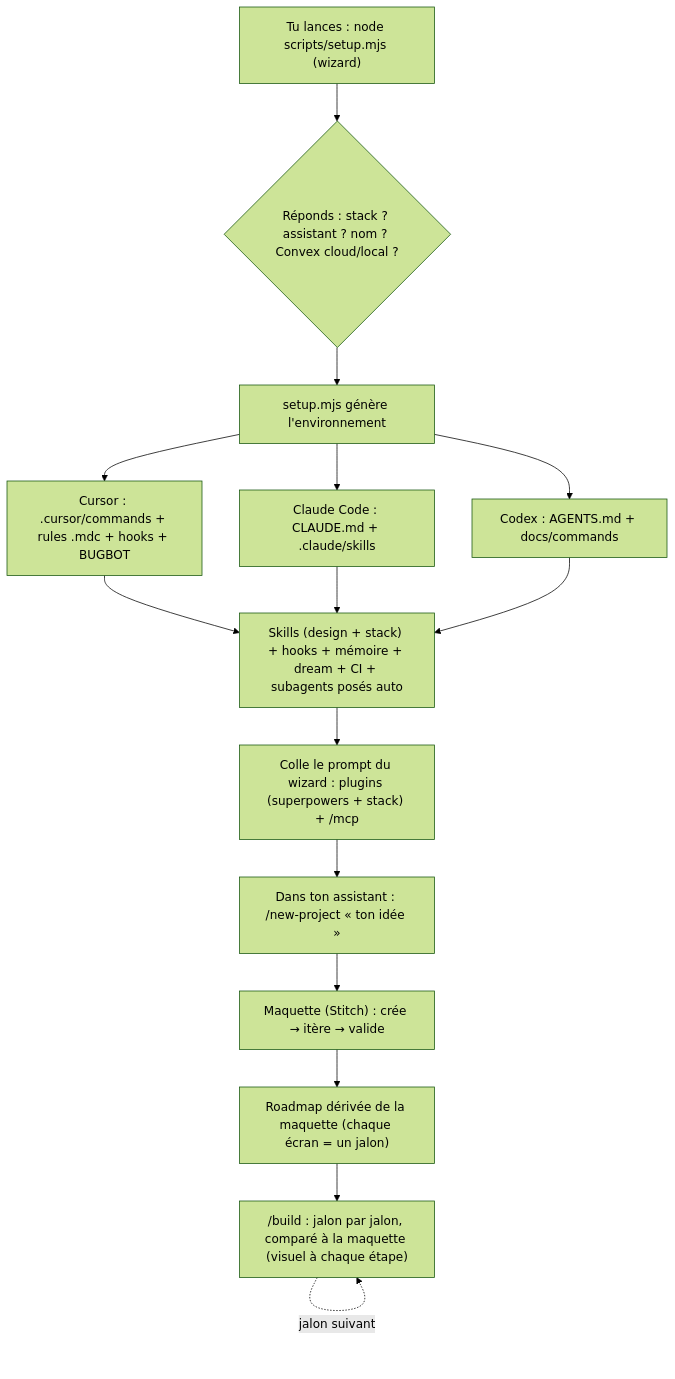
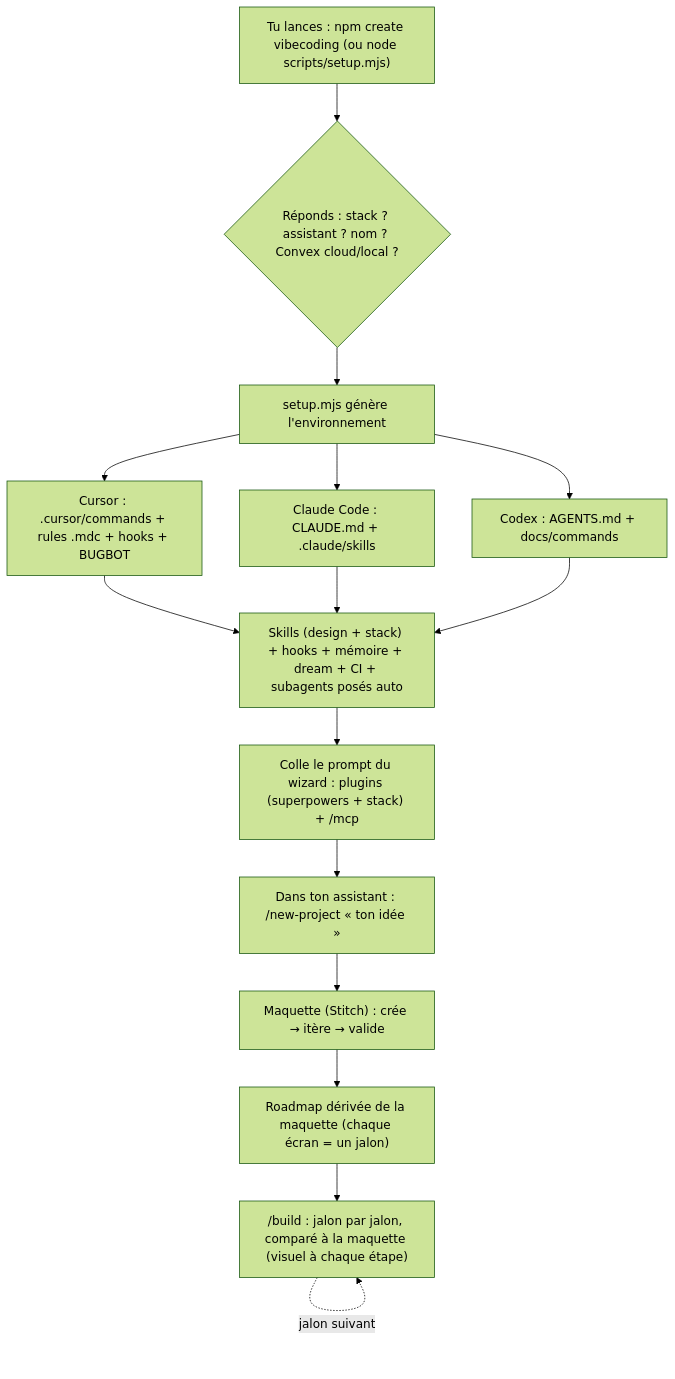
One commit to ohvignas/vibecoding-starter-kit changed the diagram in README.md. Above: the diagram before and after it, drawn with Mermaid (forest theme). The commit also changed other lines of this file and 1 other file, not shown here.

Commit message:
docs(readme): install honnête (Option A npm après publish / B clone marche tout de suite) + 9 commandes + mermaid npm create ; gitignore *.tgz

````diff
--- a/README.md
+++ b/README.md
@@ -122,17 +121,17 @@
 ```mermaid
 flowchart TD
-    A["Tu lances : node scripts/setup.mjs (wizard)"] --> C{"Réponds : stack ? assistant ? nom ? Convex cloud/local ?"}
+    A["Tu lances : npm create vibecoding (ou node scripts/setup.mjs)"] --> C{"Réponds : stack ? assistant ? nom ? Convex cloud/local ?"}
     C --> D["setup.mjs génère l'environnement"]
     D --> E1["Cursor : .cursor/commands + rules .mdc + hooks + BUGBOT"]
     D --> E2["Claude Code : CLAUDE.md + .claude/skills"]
     D --> E3["Codex : AGENTS.md + docs/commands"]
     E1 --> F["Skills (design + stack) + hooks + mémoire + dream + CI + subagents posés auto"]
     E2 --> F
     E3 --> F
     F --> G0["Colle le prompt du wizard : plugins (superpowers + stack) + /mcp"]
     G0 --> G["Dans ton assistant : /new-project « ton idée »"]
     G --> M["Maquette (Stitch) : crée → itère → valide"]
     M --> R["Roadmap dérivée de la maquette (chaque écran = un jalon)"]
     R --> H["/build : jalon par jalon, comparé à la maquette (visuel à chaque étape)"]
     H -.->|jalon suivant| H
 ```
````
